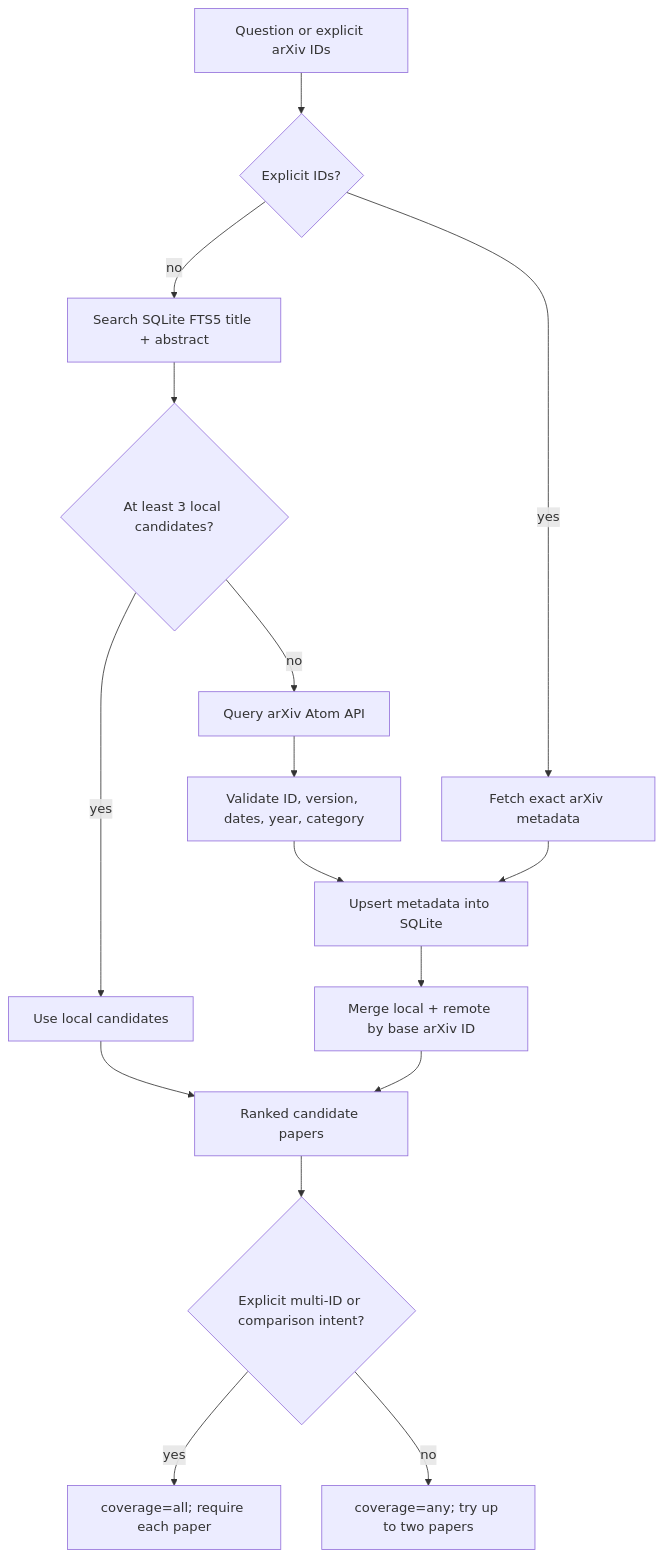
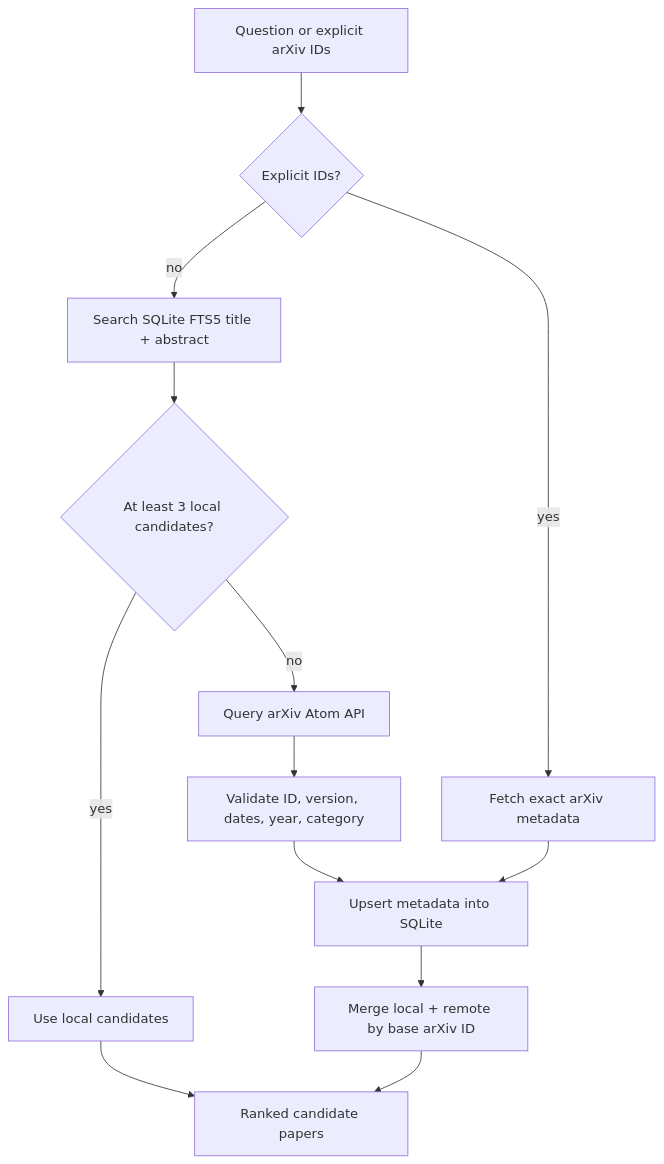
The fourth of 11 diagrams in docs/SYSTEM_VISUALIZATION.md (TQC0103/scientific-research-agent), drawn with Mermaid before and after one commit. The commit also changed other lines of this file and 10 other files, not shown here.

````diff
--- a/docs/SYSTEM_VISUALIZATION.md
+++ b/docs/SYSTEM_VISUALIZATION.md
@@ -82,18 +92,15 @@
 ```mermaid
 flowchart TD
     INPUT["Question or explicit arXiv IDs"] --> EXPLICIT{"Explicit IDs?"}
     EXPLICIT -->|"yes"| META["Fetch exact arXiv metadata"]
     EXPLICIT -->|"no"| FTS["Search SQLite FTS5 title + abstract"]
     FTS --> COUNT{"At least 3 local candidates?"}
     COUNT -->|"yes"| LOCAL["Use local candidates"]
     COUNT -->|"no"| ARXIV["Query arXiv Atom API"]
     ARXIV --> VALIDATE["Validate ID, version, dates, year, category"]
     VALIDATE --> UPSERT["Upsert metadata into SQLite"]
     UPSERT --> MERGE["Merge local + remote by base arXiv ID"]
     META --> UPSERT
     LOCAL --> OUTPUT["Ranked candidate papers"]
     MERGE --> OUTPUT
-    OUTPUT --> INTENT{"Explicit multi-ID or comparison intent?"}
-    INTENT -->|"yes"| ALL["coverage=all; require each paper"]
-    INTENT -->|"no"| ANY["coverage=any; try up to two papers"]
 ```
````
